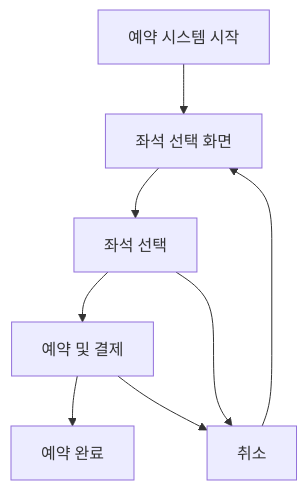
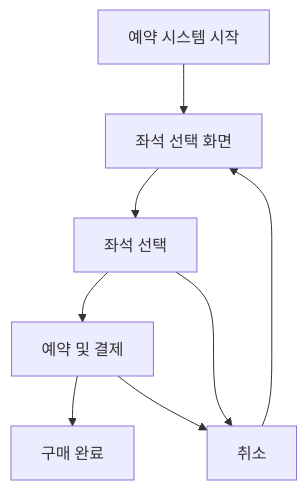
The first of 2 diagrams in README.md (Jiu125/SeatReservation), drawn with Mermaid before and after one commit.

Commit message:
README 파일 흐름도 단어 수정

````diff
--- a/README.md
+++ b/README.md
@@ -161,12 +161,12 @@
 ```mermaid
 graph TD
     A[예약 시스템 시작] --> B[좌석 선택 화면]
     B --> C[좌석 선택]
     C --> D[예약 및 결제]
-    D --> E[예약 완료]
+    D --> E[구매 완료]
 
     C --> F[취소]
     D --> F
     F --> B
 
 ```
````
